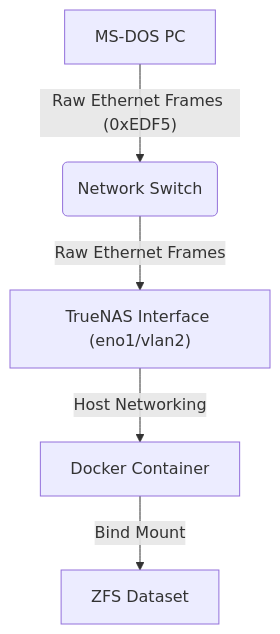
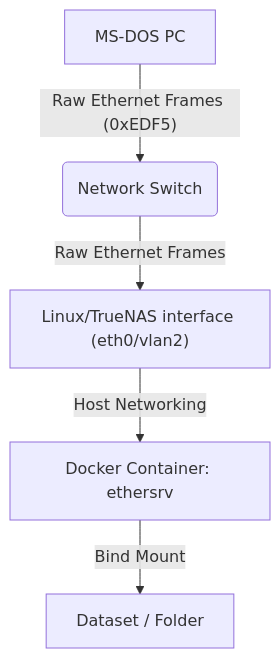
The diagram in README.md (megapearl/etherdfs-server), drawn with Mermaid before and after one commit. The commit also changed other lines of this file and 5 other files, not shown here.

````diff
--- a/README.md
+++ b/README.md
@@ -20,7 +56,7 @@
 ```mermaid
 graph TD
     A[MS-DOS PC] -- "Raw Ethernet Frames (0xEDF5)" --> B(Network Switch)
-    B -- "Raw Ethernet Frames" --> C["TrueNAS Interface (eno1/vlan2)"]
-    C -- "Host Networking" --> D[Docker Container]
-    D -- "Bind Mount" --> E[ZFS Dataset]
+    B -- "Raw Ethernet Frames" --> C["Linux/TrueNAS interface (eth0/vlan2)"]
+    C -- "Host Networking" --> D[Docker Container: ethersrv]
+    D -- "Bind Mount" --> E[Dataset / Folder]
 ```
````
